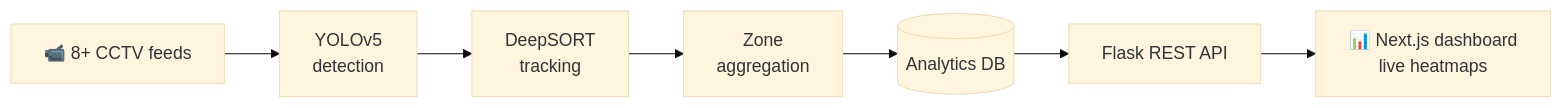
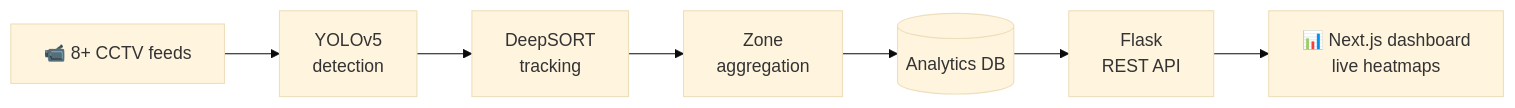
One commit to Sayan-2607/Sayan-2607 changed the diagram in README.md. Above: the diagram before and after it, drawn with Mermaid (base theme). The commit also changed other lines of this file, not shown here.

````diff
--- a/README.md
+++ b/README.md
@@ -100,9 +102,9 @@
 ```mermaid
 flowchart LR
     A[📹 8+ CCTV feeds] --> B[YOLOv5<br/>detection]
     B --> C[DeepSORT<br/>tracking]
     C --> D[Zone<br/>aggregation]
     D --> E[(Analytics DB)]
-    E --> F[Flask REST API]
+    E --> F[Flask<br/>REST API]
     F --> G[📊 Next.js dashboard<br/>live heatmaps]
 ```
````
